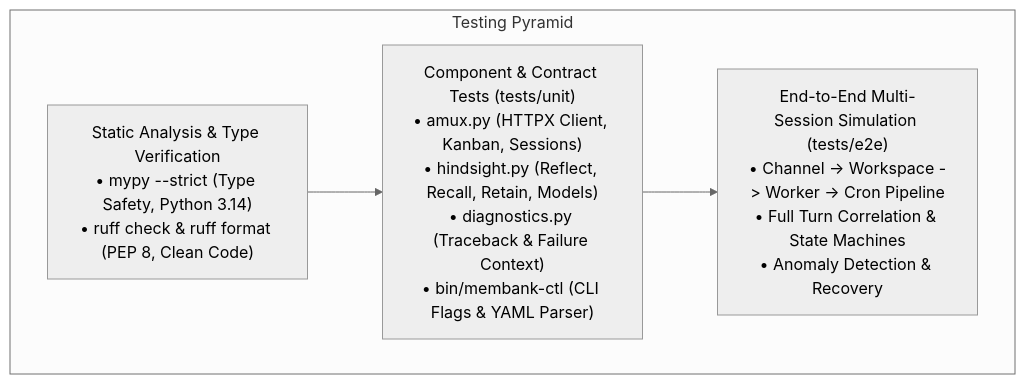
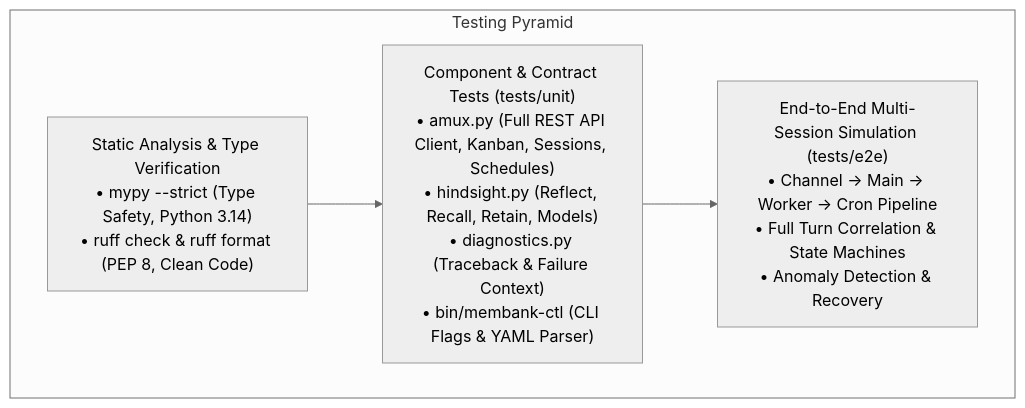
The first of 2 diagrams in references/mypai-test.md (wuxxin/mypai), drawn with Mermaid (neutral theme) before and after one commit. The commit also changed other lines of this file and 13 other files, not shown here.

First line of the commit message:
refactor(mesh): rename mypai-workspace to mypai-main across configs, agents, and documentation

````diff
--- a/references/mypai-test.md
+++ b/references/mypai-test.md
@@ -11,11 +11,11 @@
 ```mermaid
 flowchart TD
     subgraph Layers["Testing Pyramid"]
-        E2E["End-to-End Multi-Session Simulation (tests/e2e)<br/>• Channel -> Workspace -> Worker -> Cron Pipeline<br/>• Full Turn Correlation & State Machines<br/>• Anomaly Detection & Recovery"]
-        Component["Component & Contract Tests (tests/unit)<br/>• amux.py (HTTPX Client, Kanban, Sessions)<br/>• hindsight.py (Reflect, Recall, Retain, Models)<br/>• diagnostics.py (Traceback & Failure Context)<br/>• bin/membank-ctl (CLI Flags & YAML Parser)"]
+        E2E["End-to-End Multi-Session Simulation (tests/e2e)<br/>• Channel -> Main -> Worker -> Cron Pipeline<br/>• Full Turn Correlation & State Machines<br/>• Anomaly Detection & Recovery"]
+        Component["Component & Contract Tests (tests/unit)<br/>• amux.py (Full REST API Client, Kanban, Sessions, Schedules)<br/>• hindsight.py (Reflect, Recall, Retain, Models)<br/>• diagnostics.py (Traceback & Failure Context)<br/>• bin/membank-ctl (CLI Flags & YAML Parser)"]
         Static["Static Analysis & Type Verification<br/>• mypy --strict (Type Safety, Python 3.14)<br/>• ruff check & ruff format (PEP 8, Clean Code)"]
     end
     
     Static --> Component
     Component --> E2E
 ```
````
